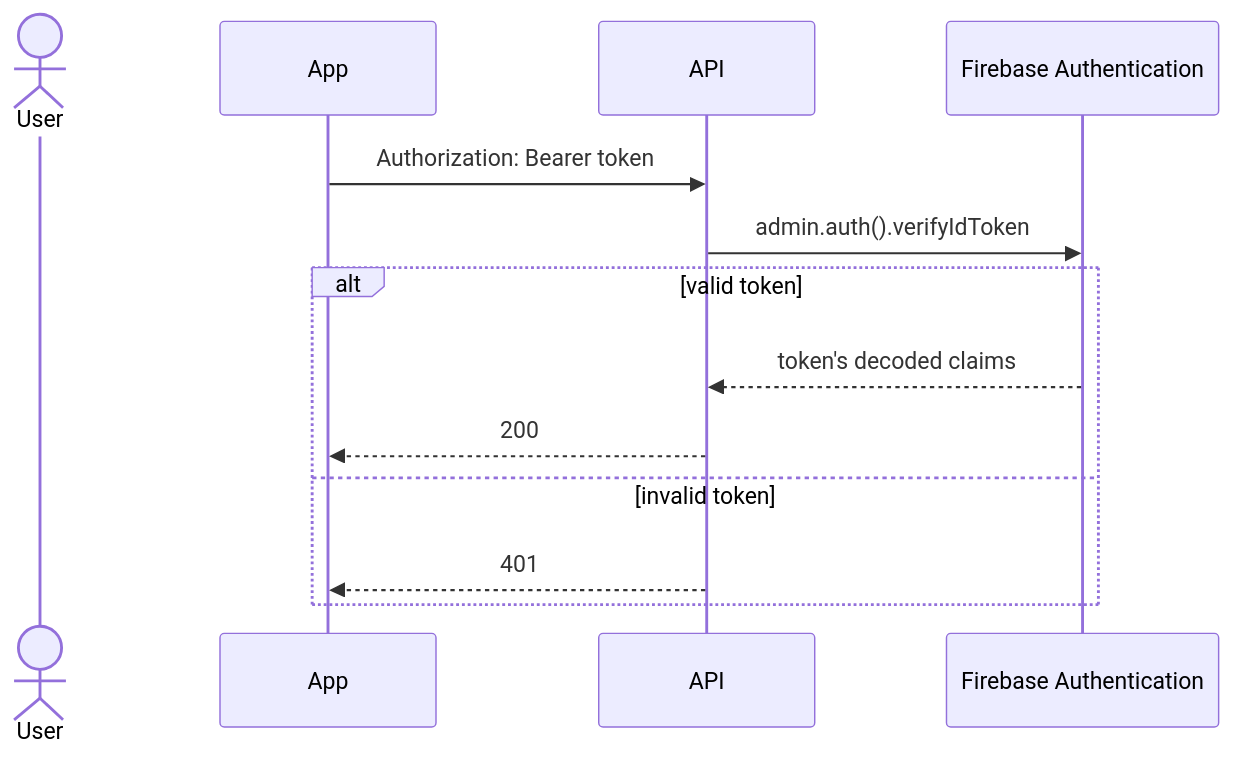
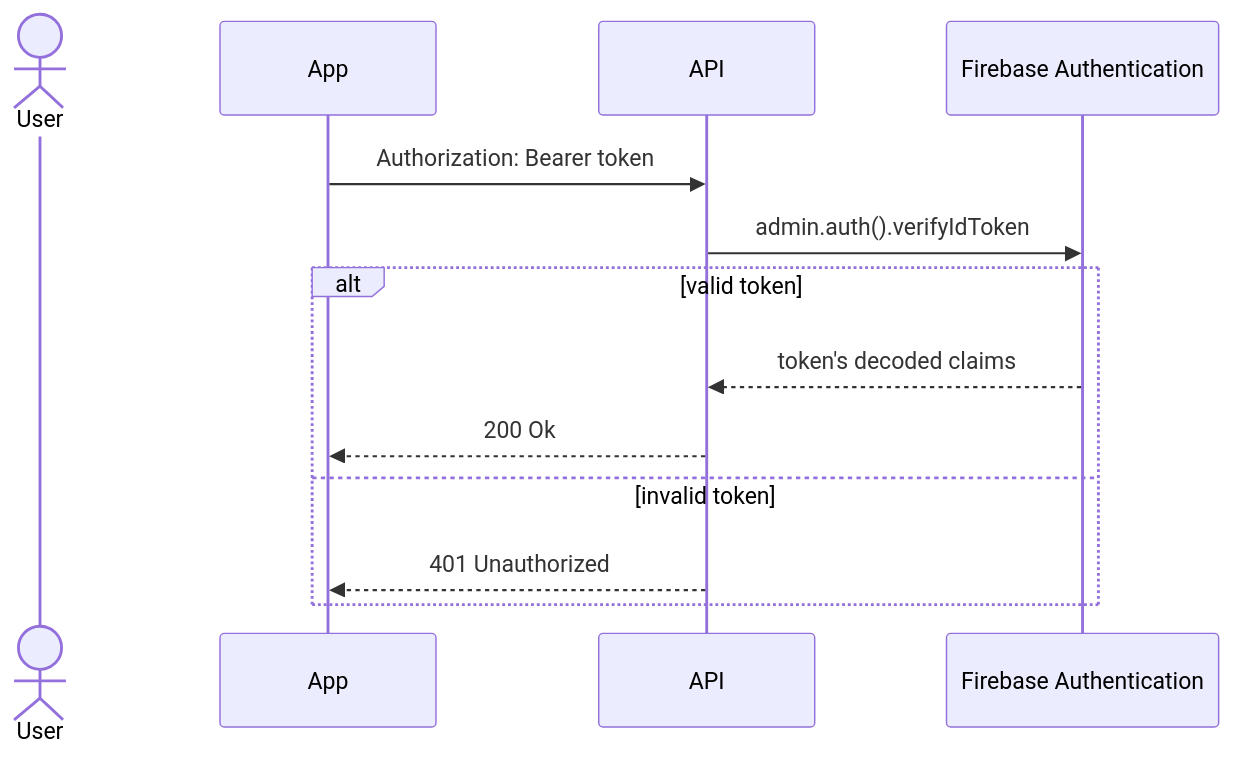
One commit to seotaro/firebase-authentication-hands-on changed the second of 3 diagrams in README.md. Above: the diagram before and after it, drawn with Mermaid.

````diff
--- a/README.md
+++ b/README.md
@@ -21,17 +21,17 @@
 ```mermaid
 sequenceDiagram
   actor User
   participant App
   participant API
   participant Firebase Authentication
 
   App->>API: Authorization: Bearer token
   API->>Firebase Authentication: admin.auth().verifyIdToken
 
   alt valid token
     Firebase Authentication-->>API: token's decoded claims
-    API-->>App: 200
+    API-->>App: 200 Ok
   else invalid token
-    API-->>App: 401
+    API-->>App: 401 Unauthorized
   end
 ```
````
